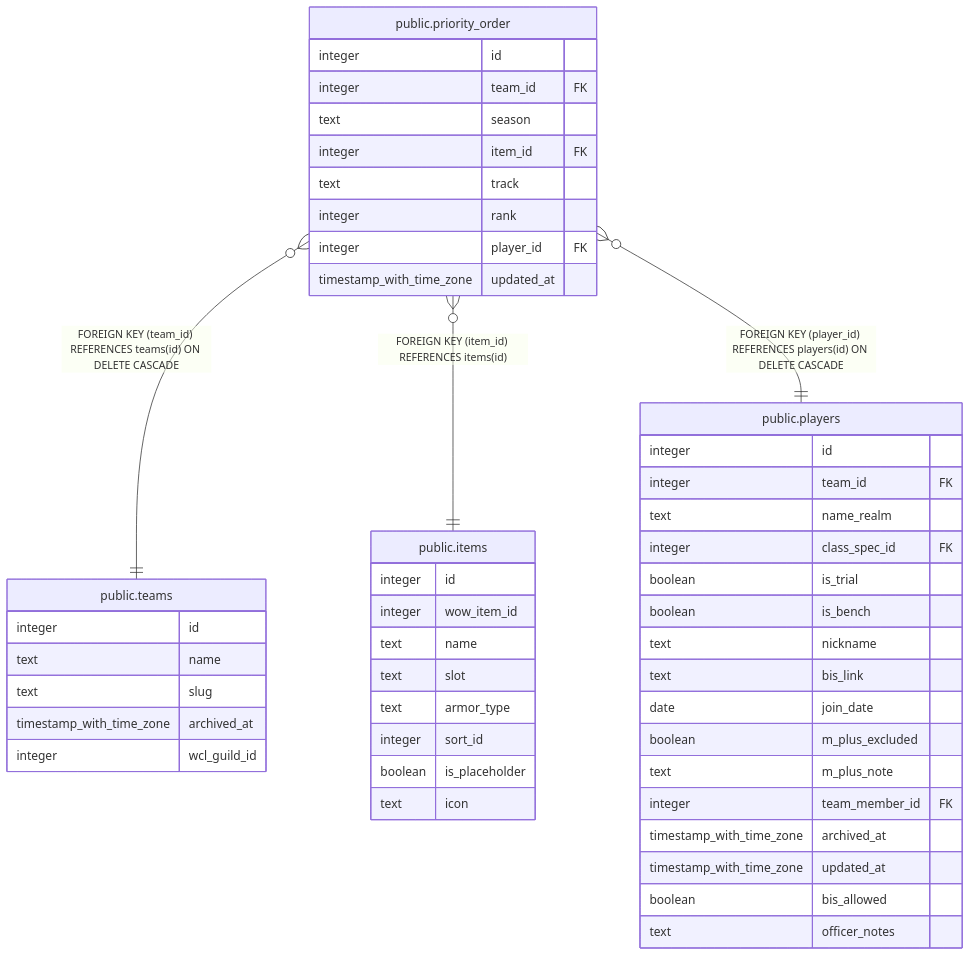
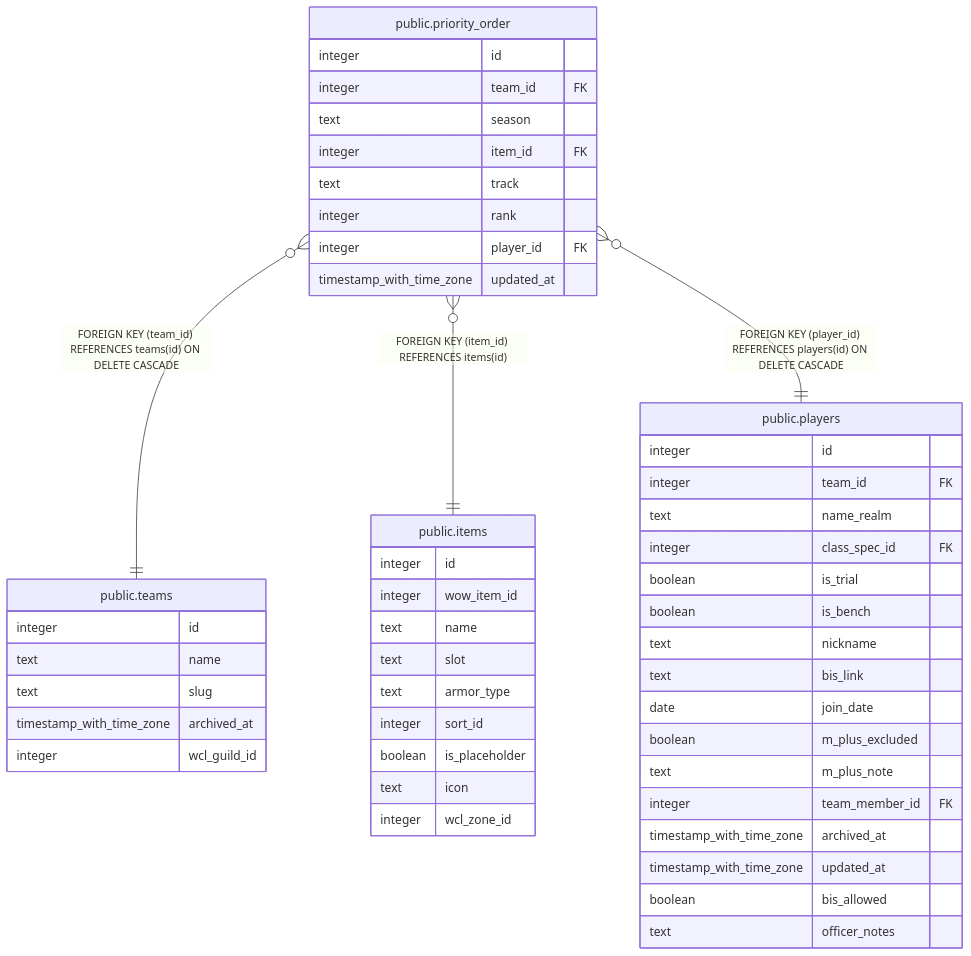
Before and after one commit to katogaming88/WGA-Raid-Hub: the diagram in dbdoc/public.priority_order.md, drawn with Mermaid. The commit also changed 25 other files, not shown here.

````diff
--- a/dbdoc/public.priority_order.md
+++ b/dbdoc/public.priority_order.md
@@ -45,53 +45,54 @@
 ```mermaid
 erDiagram
 
 "public.priority_order" }o--|| "public.teams" : "FOREIGN KEY (team_id) REFERENCES teams(id) ON DELETE CASCADE"
 "public.priority_order" }o--|| "public.items" : "FOREIGN KEY (item_id) REFERENCES items(id)"
 "public.priority_order" }o--|| "public.players" : "FOREIGN KEY (player_id) REFERENCES players(id) ON DELETE CASCADE"
 
 "public.priority_order" {
   integer id
   integer team_id FK
   text season
   integer item_id FK
   text track
   integer rank
   integer player_id FK
   timestamp_with_time_zone updated_at
 }
 "public.teams" {
   integer id
   text name
   text slug
   timestamp_with_time_zone archived_at
   integer wcl_guild_id
 }
 "public.items" {
   integer id
   integer wow_item_id
   text name
   text slot
   text armor_type
   integer sort_id
   boolean is_placeholder
   text icon
+  integer wcl_zone_id
 }
 "public.players" {
   integer id
   integer team_id FK
   text name_realm
   integer class_spec_id FK
   boolean is_trial
   boolean is_bench
   text nickname
   text bis_link
   date join_date
   boolean m_plus_excluded
   text m_plus_note
   integer team_member_id FK
   timestamp_with_time_zone archived_at
   timestamp_with_time_zone updated_at
   boolean bis_allowed
   text officer_notes
 }
 ```
````
